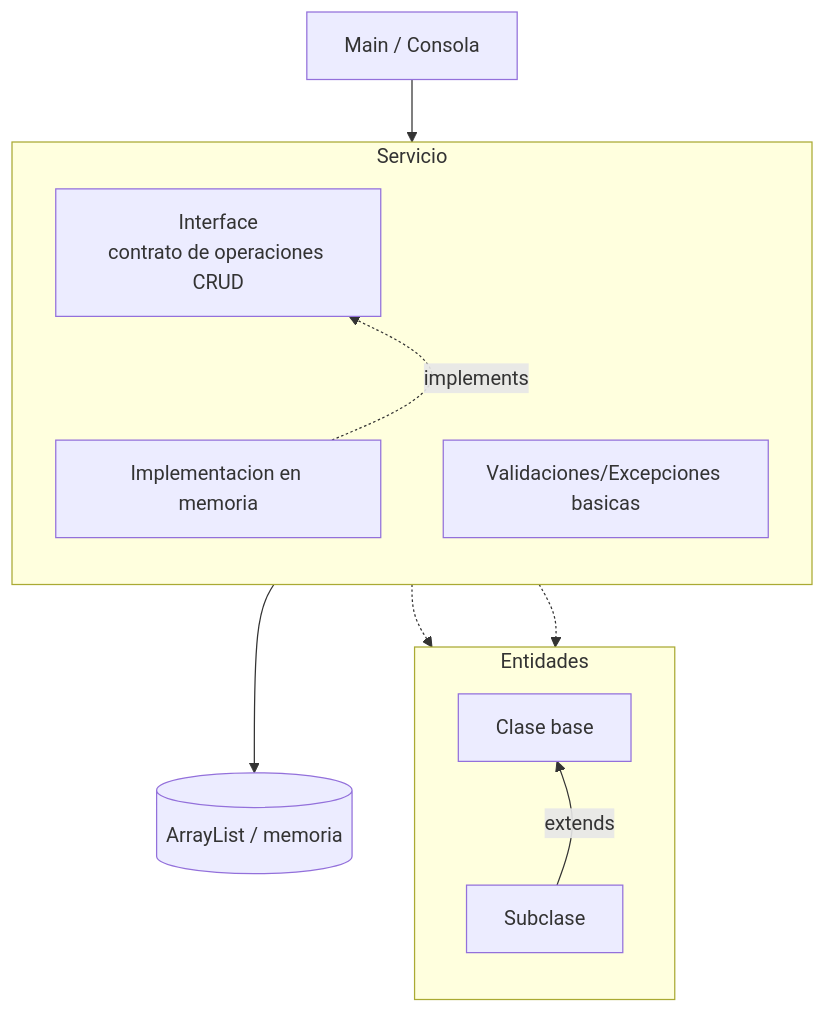
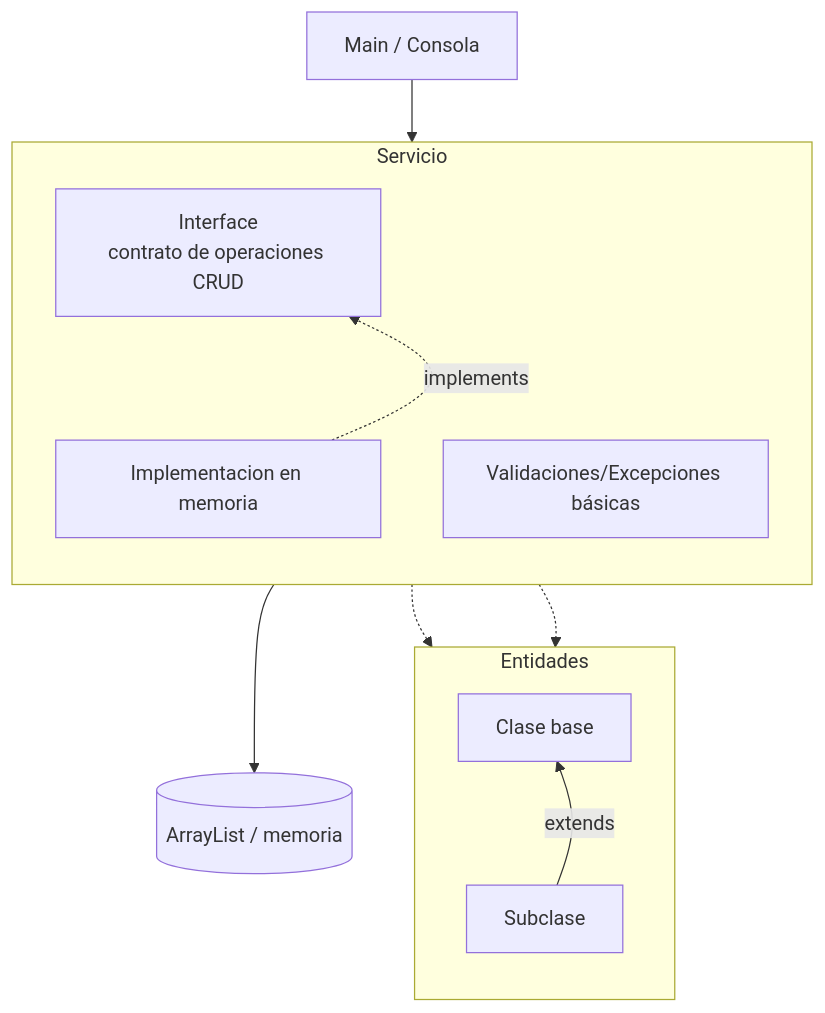
One commit to 262poo/comarket changed the first of 3 diagrams in docs/index.md. Above: the diagram before and after it, drawn with Mermaid. The commit also changed other lines of this file and 20 other files, not shown here.

````diff
--- a/docs/index.md
+++ b/docs/index.md
@@ -70,28 +70,28 @@
 ```mermaid
 flowchart TB
     Main["Main / Consola"]
 
     subgraph ServiceU1["Servicio"]
         direction TB
         InterfaceU1["Interface<br/>contrato de operaciones CRUD"]
         ImplementacionU1["Implementacion en memoria"]
-        ValidacionesU1["Validaciones/Excepciones basicas"]
+        ValidacionesU1["Validaciones/Excepciones básicas"]
     end
 
     subgraph EntitiesU1["Entidades"]
         direction TB
         ClaseBaseU1["Clase base"]
         SubclaseU1["Subclase"]
     end
 
     MemoriaU1[("ArrayList / memoria")]
 
     Main --> InterfaceU1
     InterfaceU1 ~~~ ImplementacionU1
     ImplementacionU1 -. implements .-> InterfaceU1
     InterfaceU1 -.-> EntitiesU1
     ImplementacionU1 -.-> EntitiesU1
     ClaseBaseU1 ~~~ SubclaseU1
     SubclaseU1 -- extends --> ClaseBaseU1
     ImplementacionU1 --> MemoriaU1
 ```
````
